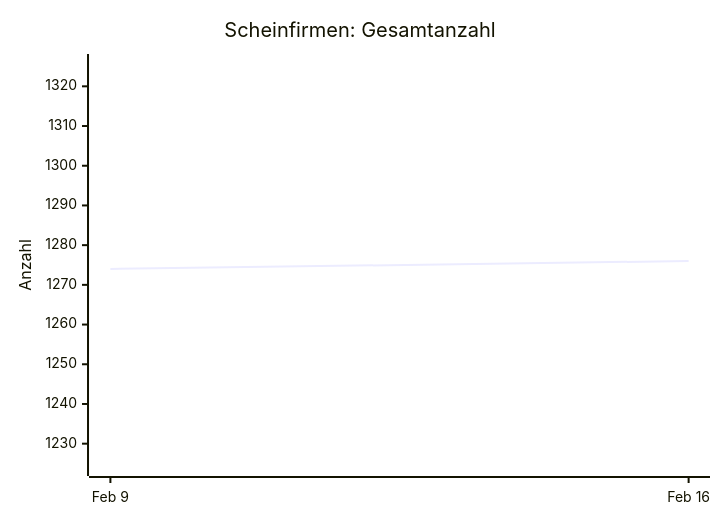
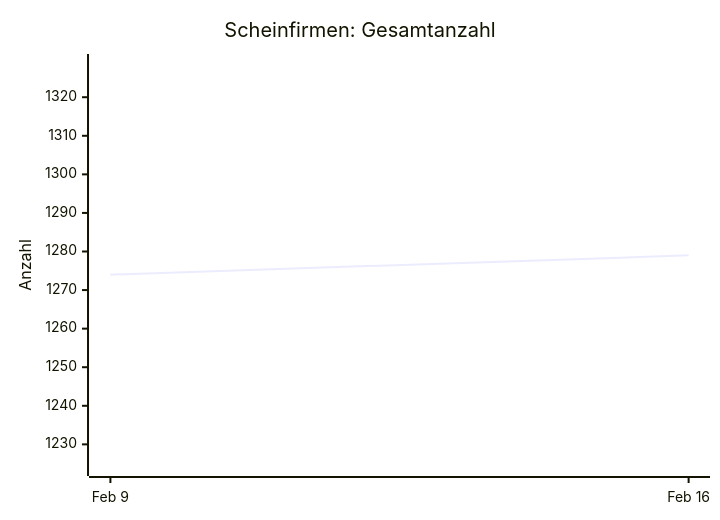
Before and after one commit to arjoma/scheinfirmen-at: the diagram in data/STATS.md, drawn with Mermaid. The commit also changed other lines of this file and 3 other files, not shown here.

````diff
--- a/data/STATS.md
+++ b/data/STATS.md
@@ -27,7 +30,7 @@
 ```mermaid
 xychart-beta
     title "Scheinfirmen: Gesamtanzahl"
     x-axis ["Feb 9", "Feb 16"]
-    y-axis "Anzahl" 1224 --> 1326
-    line [1274, 1276]
+    y-axis "Anzahl" 1224 --> 1329
+    line [1274, 1279]
 ```
````
